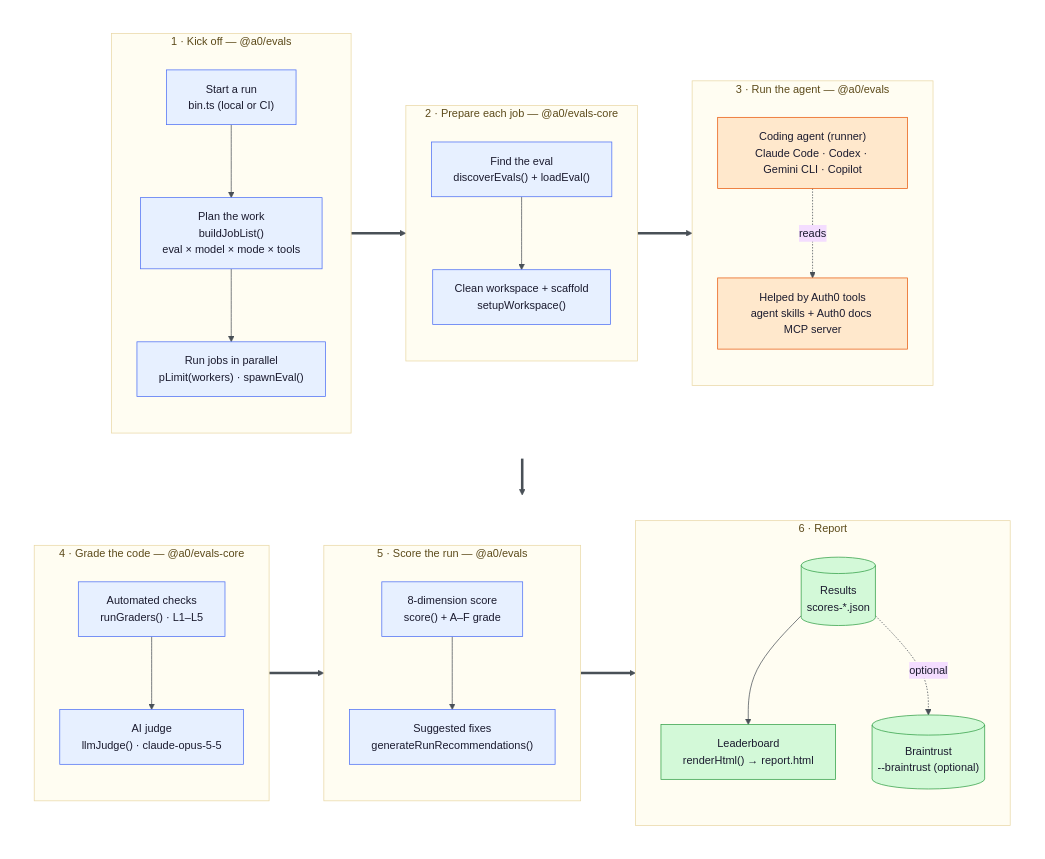
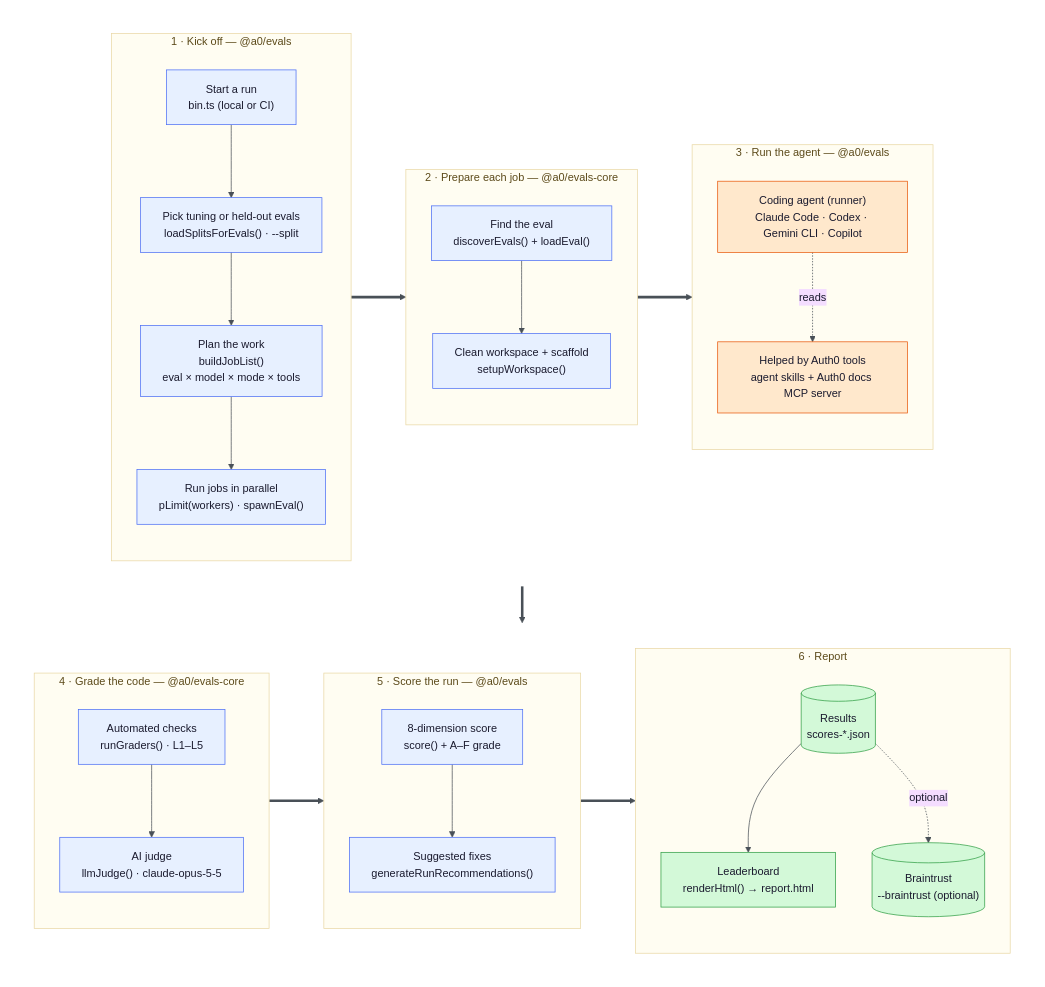
Before and after one commit to auth0/auth0-evals: the first of 4 diagrams in docs/ARCHITECTURE.md, drawn with Mermaid. The commit also changed other lines of this file, not shown here.

Commit message:
docs: show the tuning/held-out split step in the architecture
Completes the --split selector, whose code landed in 58d2b9ef together with
the split file: tuning by default, heldout/all log a warning, a held-out eval
named with --eval needs --split heldout or all, and the grade phase never
filters by split. Adds the split step to the run diagram and the evals-core
responsibilities.

````diff
--- a/docs/ARCHITECTURE.md
+++ b/docs/ARCHITECTURE.md
@@ -16,77 +16,78 @@
 ```mermaid
 %%{init: {'theme':'base', 'themeVariables': {
   'fontFamily':'ui-sans-serif, system-ui, sans-serif',
   'fontSize':'15px',
   'lineColor':'#495057','primaryTextColor':'#1A1A2E'
 }}}%%
 flowchart TB
     subgraph RowA[" "]
         direction LR
         subgraph CLI["1 · Kick off — @a0/evals"]
             direction TB
             Bin["Start a run<br/>bin.ts (local or CI)"]
+            Split["Pick tuning or held-out evals<br/>loadSplitsForEvals() · --split"]
             Matrix["Plan the work<br/>buildJobList()<br/>eval × model × mode × tools"]
             Pool["Run jobs in parallel<br/>pLimit(workers) · spawnEval()"]
-            Bin --> Matrix --> Pool
+            Bin --> Split --> Matrix --> Pool
         end
 
         subgraph Setup["2 · Prepare each job — @a0/evals-core"]
             direction TB
             Discover["Find the eval<br/>discoverEvals() + loadEval()"]
             WS["Clean workspace + scaffold<br/>setupWorkspace()"]
             Discover --> WS
         end
 
         subgraph Exec["3 · Run the agent — @a0/evals"]
             direction TB
             Runners["Coding agent (runner)<br/>Claude Code · Codex · Gemini CLI · Copilot"]
             Invest["Helped by Auth0 tools<br/>agent skills + Auth0 docs MCP server"]
             Runners -. reads .-> Invest
         end
     end
 
     subgraph RowB[" "]
         direction LR
         subgraph Grade["4 · Grade the code — @a0/evals-core"]
             direction TB
             Engine["Automated checks<br/>runGraders() · L1–L5"]
             Judge["AI judge<br/>llmJudge() · claude-opus-5-5"]
             Engine --> Judge
         end
 
         subgraph Score["5 · Score the run — @a0/evals"]
             direction TB
             Scorer["8-dimension score<br/>score() + A–F grade"]
             Recs["Suggested fixes<br/>generateRunRecommendations()"]
             Scorer --> Recs
         end
 
         subgraph Storage["6 · Report"]
             direction TB
             Results[("Results<br/>scores-*.json")]
             Report["Leaderboard<br/>renderHtml() → report.html"]
             BT[("Braintrust<br/>--braintrust (optional)")]
             Results --> Report
             Results -. optional .-> BT
         end
     end
 
     Pool ==> Discover
     WS ==> Runners
     Runners ==> Engine
     Judge ==> Scorer
     Recs ==> Results
 
     classDef control fill:#E7F0FF,stroke:#4C6EF5,color:#1A1A2E;
     classDef work    fill:#FFE8CC,stroke:#E8590C,color:#1A1A2E;
     classDef data    fill:#D3F9D8,stroke:#2F9E44,color:#1A1A2E;
 
-    class Bin,Matrix,Pool,Discover,WS,Engine,Judge,Scorer,Recs control;
+    class Bin,Split,Matrix,Pool,Discover,WS,Engine,Judge,Scorer,Recs control;
     class Runners,Invest work;
     class Results,Report,BT data;
 
     classDef cluster fill:#FFFDF2,stroke:#E9D8A6,color:#5C4A1A;
     class CLI,Setup,Exec,Grade,Score,Storage cluster;
     style RowA fill:none,stroke:none;
     style RowB fill:none,stroke:none;
 ```
````
